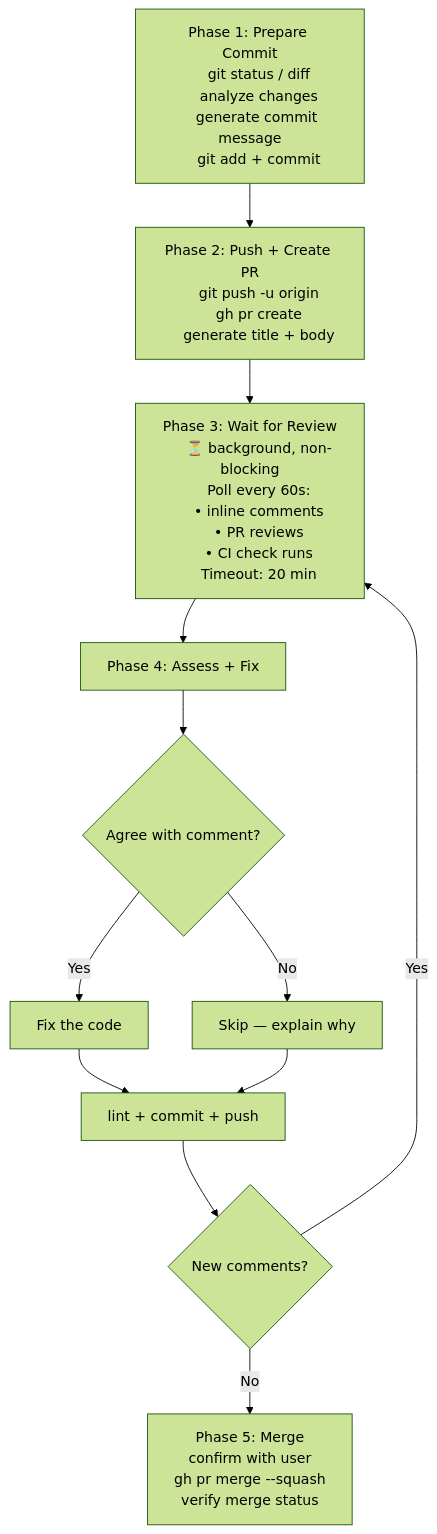
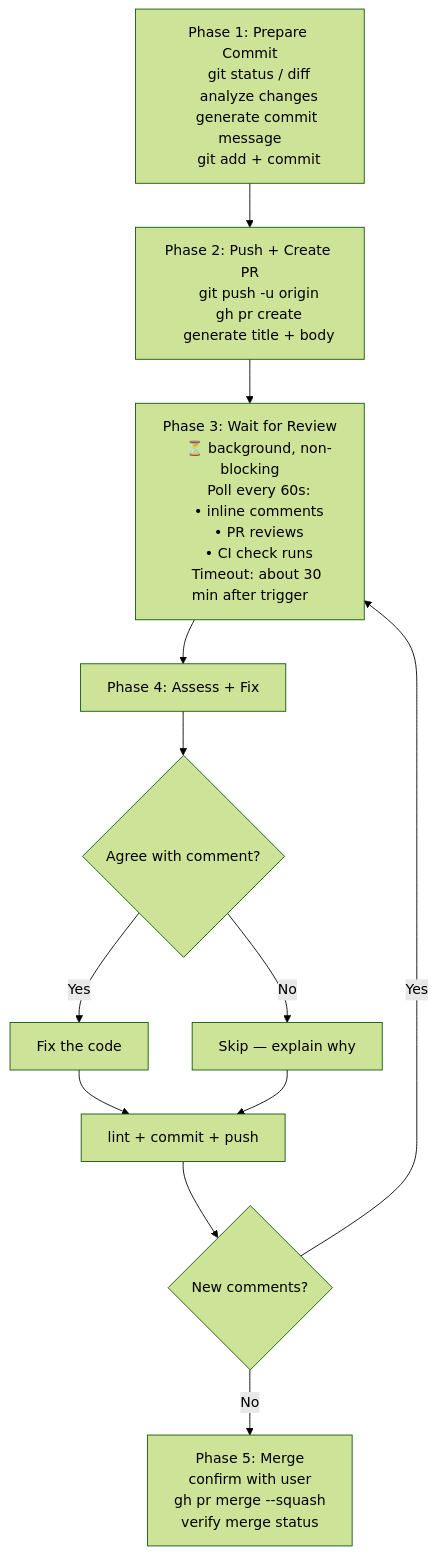
One commit to zytakeshi/create-pr-codex-review changed the second of 2 diagrams in README.md. Above: the diagram before and after it, drawn with Mermaid (forest theme). The commit also changed other lines of this file and 2 other files, not shown here.

Commit message:
docs(create-pr): align review polling docs

````diff
--- a/README.md
+++ b/README.md
@@ -78,34 +78,34 @@
 ```mermaid
 flowchart TD
     A["Phase 1: Prepare Commit
     git status / diff
     analyze changes
     generate commit message
     git add + commit"] --> B
 
     B["Phase 2: Push + Create PR
     git push -u origin
     gh pr create
     generate title + body"] --> C
 
     C["Phase 3: Wait for Review
     ⏳ background, non-blocking
     Poll every 60s:
     • inline comments
     • PR reviews
     • CI check runs
-    Timeout: 20 min"] --> D
+    Timeout: about 30 min after trigger"] --> D
 
     D["Phase 4: Assess + Fix"] --> E{Agree with comment?}
     E -->|Yes| F[Fix the code]
     E -->|No| G[Skip — explain why]
     F --> H[lint + commit + push]
     G --> H
 
     H --> I{New comments?}
     I -->|Yes| C
     I -->|No| J["Phase 5: Merge
     confirm with user
     gh pr merge --squash
     verify merge status"]
 ```
````
